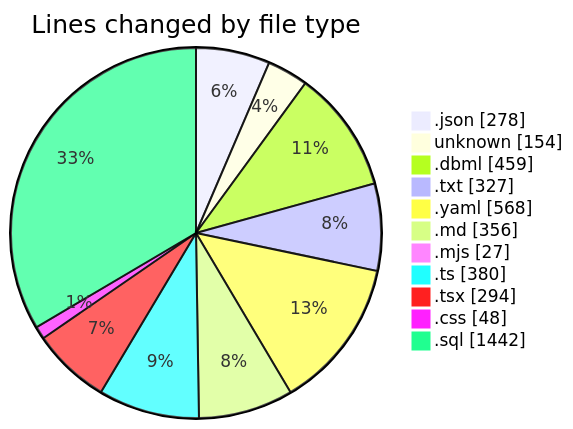
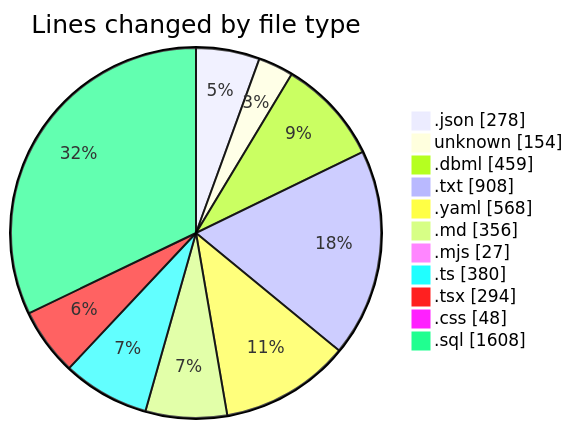
Before and after one commit to mevix1/code-tracking: the first of 2 diagrams in 2025-10-02/oura-api/README.md, drawn with Mermaid. The commit also changed other lines of this file and 1 other file, not shown here.

````diff
--- a/2025-10-02/oura-api/README.md
+++ b/2025-10-02/oura-api/README.md
@@ -58,15 +61,15 @@
 ```mermaid
 pie showData
 title Lines changed by file type
 ".json" : 278
 "unknown" : 154
 ".dbml" : 459
-".txt" : 327
+".txt" : 908
 ".yaml" : 568
 ".md" : 356
 ".mjs" : 27
 ".ts" : 380
 ".tsx" : 294
 ".css" : 48
-".sql" : 1442
+".sql" : 1608
 ```
````
